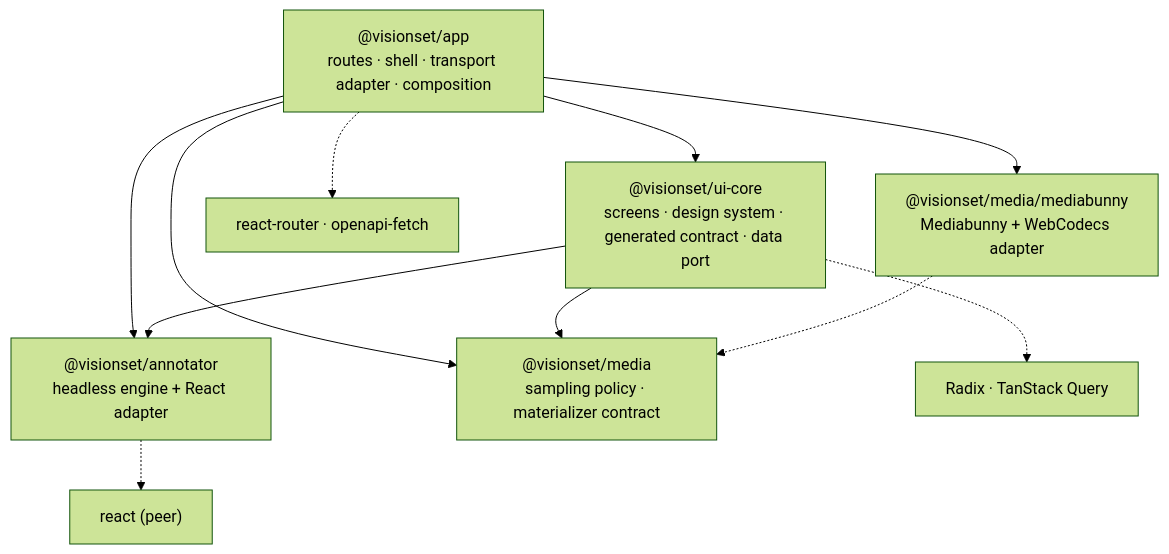
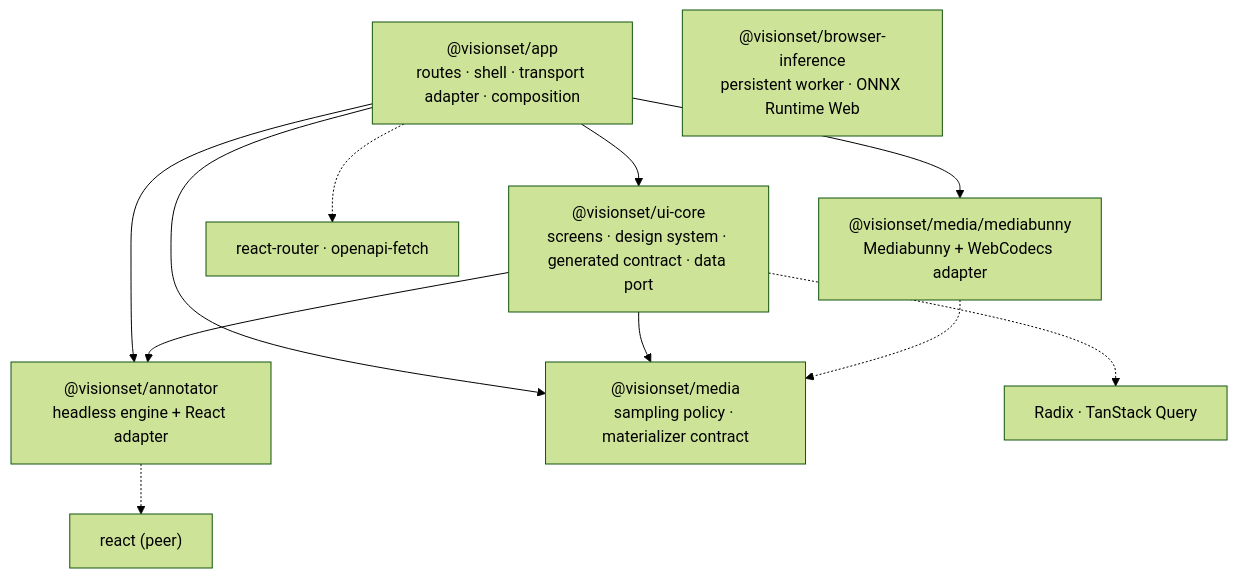
Before and after one commit to Robomous/VisionSet: the diagram in docs/content/architecture/frontend/README.md, drawn with Mermaid (forest theme). The commit also changed other lines of this file and 39 other files, not shown here.

First line of the commit message:
feat(browser-inference): run an ONNX graph in a persistent worker (#871)

````diff
--- a/docs/content/architecture/frontend/README.md
+++ b/docs/content/architecture/frontend/README.md
@@ -9,24 +9,25 @@
 ```mermaid
 flowchart TB
     App["@visionset/app\nroutes · shell · transport adapter · composition"]
     UiCore["@visionset/ui-core\nscreens · design system · generated contract · data port"]
     Annotator["@visionset/annotator\nheadless engine + React adapter"]
     Media["@visionset/media\nsampling policy · materializer contract"]
     Mediabunny["@visionset/media/mediabunny\nMediabunny + WebCodecs adapter"]
+    Inference["@visionset/browser-inference\npersistent worker · ONNX Runtime Web"]
 
     App --> UiCore
     App --> Annotator
     App --> Media
     App --> Mediabunny
     UiCore --> Annotator
     UiCore --> Media
 
     React["react (peer)"]
     Radix["Radix · TanStack Query"]
     Router["react-router · openapi-fetch"]
 
     Annotator -.-> React
     UiCore -.-> Radix
     App -.-> Router
     Mediabunny -.-> Media
 ```
````
